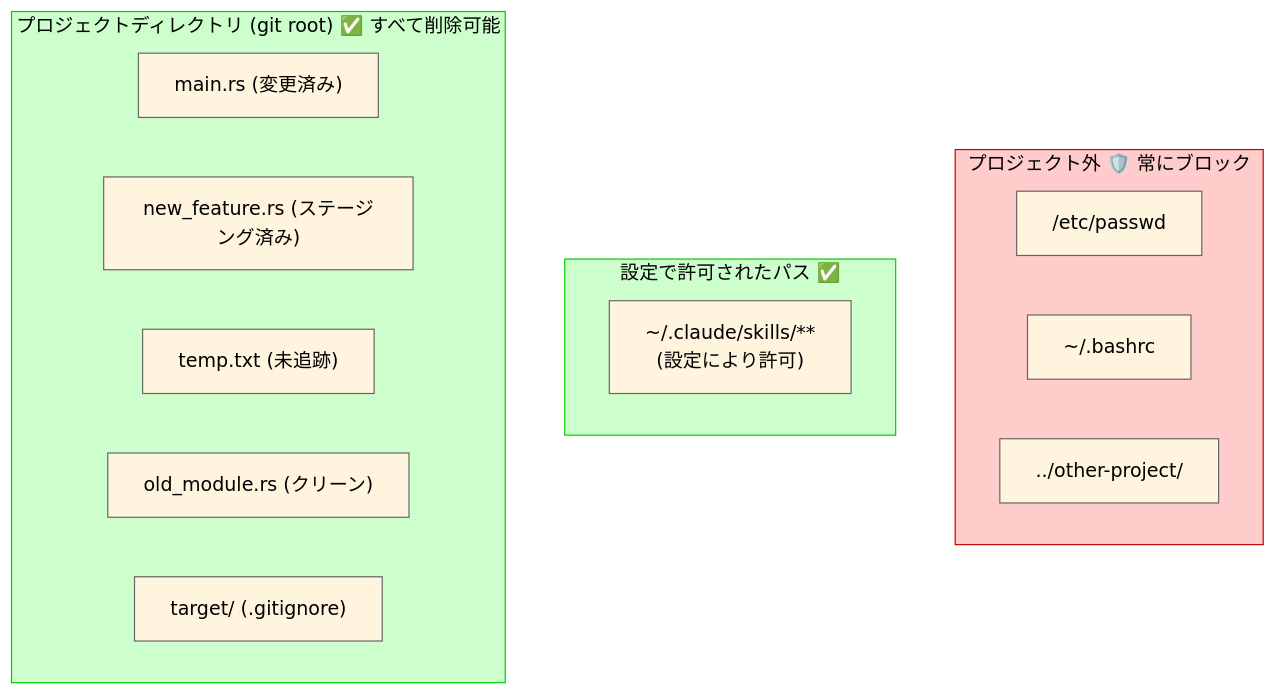
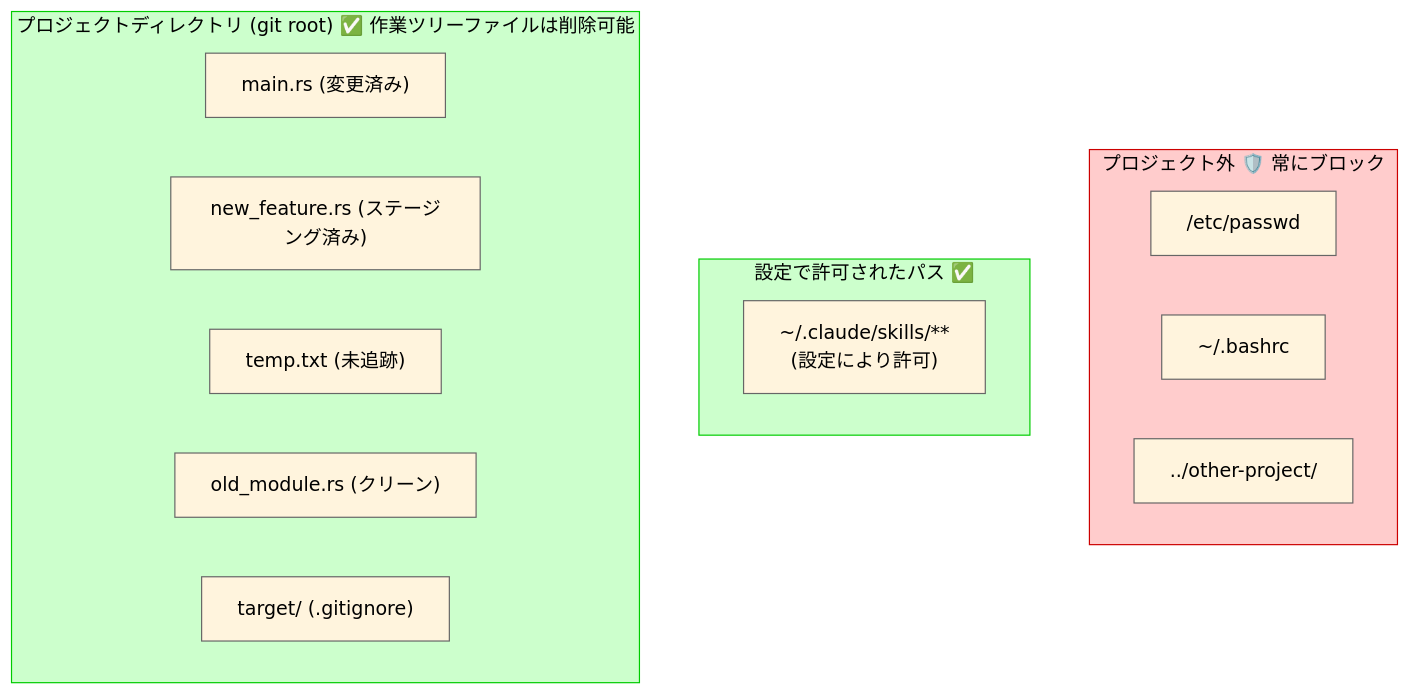
The second of 3 diagrams in README.ja.md (owayo/safe-rm), drawn with Mermaid before and after one commit. The commit also changed other lines of this file and 8 other files, not shown here.

````diff
--- a/README.ja.md
+++ b/README.ja.md
@@ -191,25 +195,25 @@
 ```mermaid
 %%{init: {'theme': 'base', 'themeVariables': { 'lineColor': '#666666', 'primaryTextColor': '#000000', 'primaryBorderColor': '#666666' }}}%%
 flowchart TB
     subgraph outside["プロジェクト外 🛡️ 常にブロック"]
         etc["/etc/passwd"]
         home["~/.bashrc"]
         other["../other-project/"]
     end
 
     subgraph allowed["設定で許可されたパス ✅"]
         skills["~/.claude/skills/**<br/>(設定により許可)"]
     end
 
-    subgraph project["プロジェクトディレクトリ (git root) ✅ すべて削除可能"]
+    subgraph project["プロジェクトディレクトリ (git root) ✅ 作業ツリーファイルは削除可能"]
         modified["main.rs (変更済み)"]
         staged["new_feature.rs (ステージング済み)"]
         untracked["temp.txt (未追跡)"]
         clean["old_module.rs (クリーン)"]
         ignored["target/ (.gitignore)"]
     end
 
     style outside fill:#ffcccc,stroke:#cc0000,color:#000000
     style allowed fill:#ccffcc,stroke:#00cc00,color:#000000
     style project fill:#ccffcc,stroke:#00cc00,color:#000000
 ```
````
